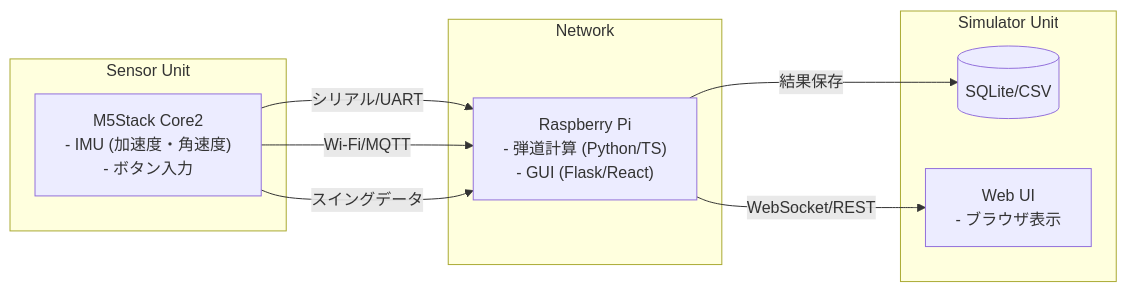
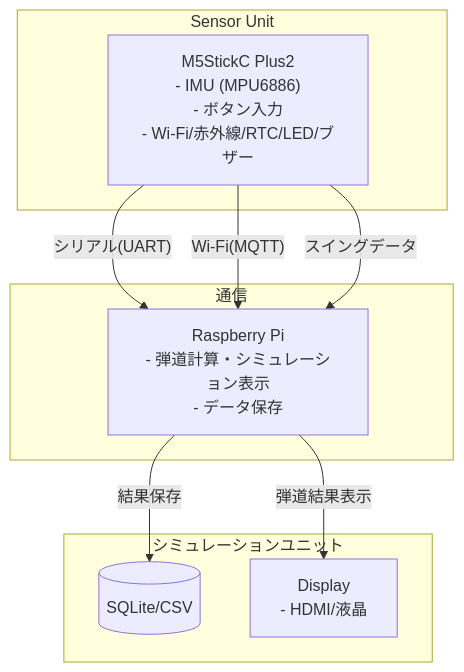
Before and after one commit to Hidenori24/Golf_HILS_System: the first of 5 diagrams in README.md, drawn with Mermaid. The commit also changed other lines of this file, not shown here.

````diff
--- a/README.md
+++ b/README.md
@@ -16,21 +37,21 @@
 ```mermaid
-graph LR
+graph TD
   subgraph Sensor Unit
-    MS["M5Stack Core2<br/>- IMU (加速度・角速度)<br/>- ボタン入力"]
+    MS["M5StickC Plus2<br/>- IMU (MPU6886)<br/>- ボタン入力<br/>- Wi-Fi/赤外線/RTC/LED/ブザー"]
   end
 
-  subgraph Network
-    MS -- シリアル/UART --> RPI
-    MS -- Wi-Fi/MQTT --> RPI
+  subgraph 通信
+    MS -- シリアル(UART) --> RPI
+    MS -- Wi-Fi(MQTT) --> RPI
   end
 
-  subgraph Simulator Unit
-    RPI["Raspberry Pi<br/>- 弾道計算 (Python/TS)<br/>- GUI (Flask/React)"]
+  subgraph シミュレーションユニット
+    RPI["Raspberry Pi<br/>- 弾道計算・シミュレーション表示<br/>- データ保存"]
     DB[(SQLite/CSV)]
-    UI[Web UI<br/>- ブラウザ表示]
+    DISP[Display<br/>- HDMI/液晶]
   end
 
   MS -->|スイングデータ| RPI
   RPI -->|結果保存| DB
-  RPI -->|WebSocket/REST| UI
+  RPI -->|弾道結果表示| DISP
 ```
````
